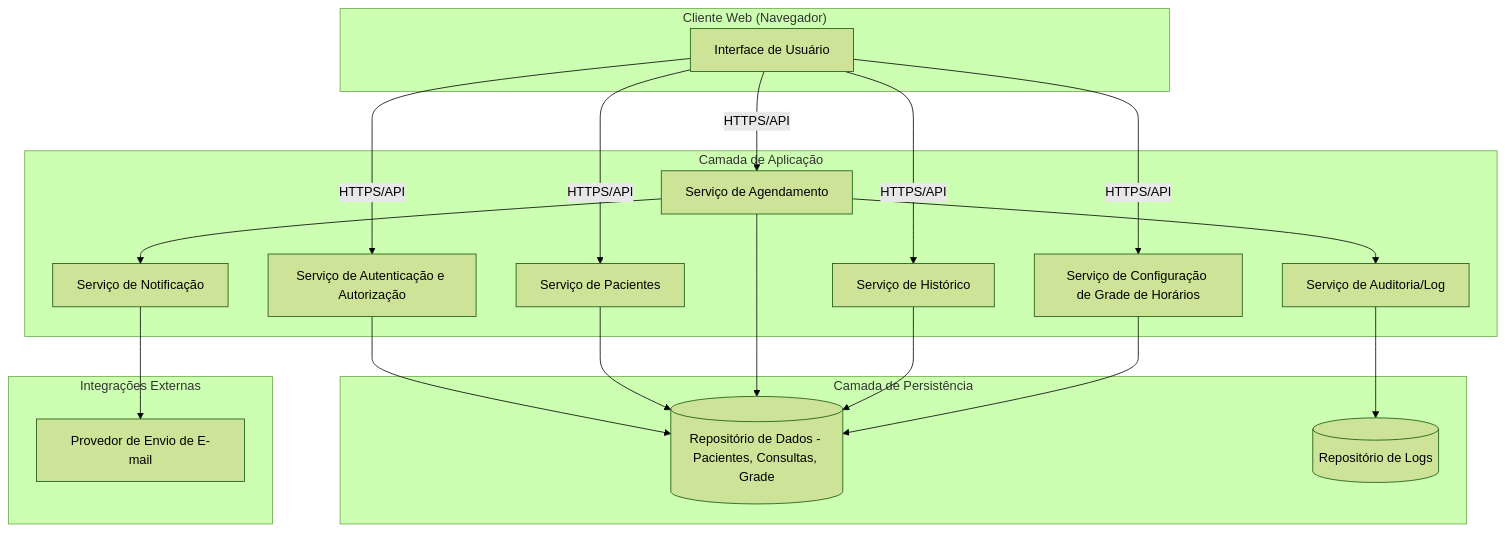
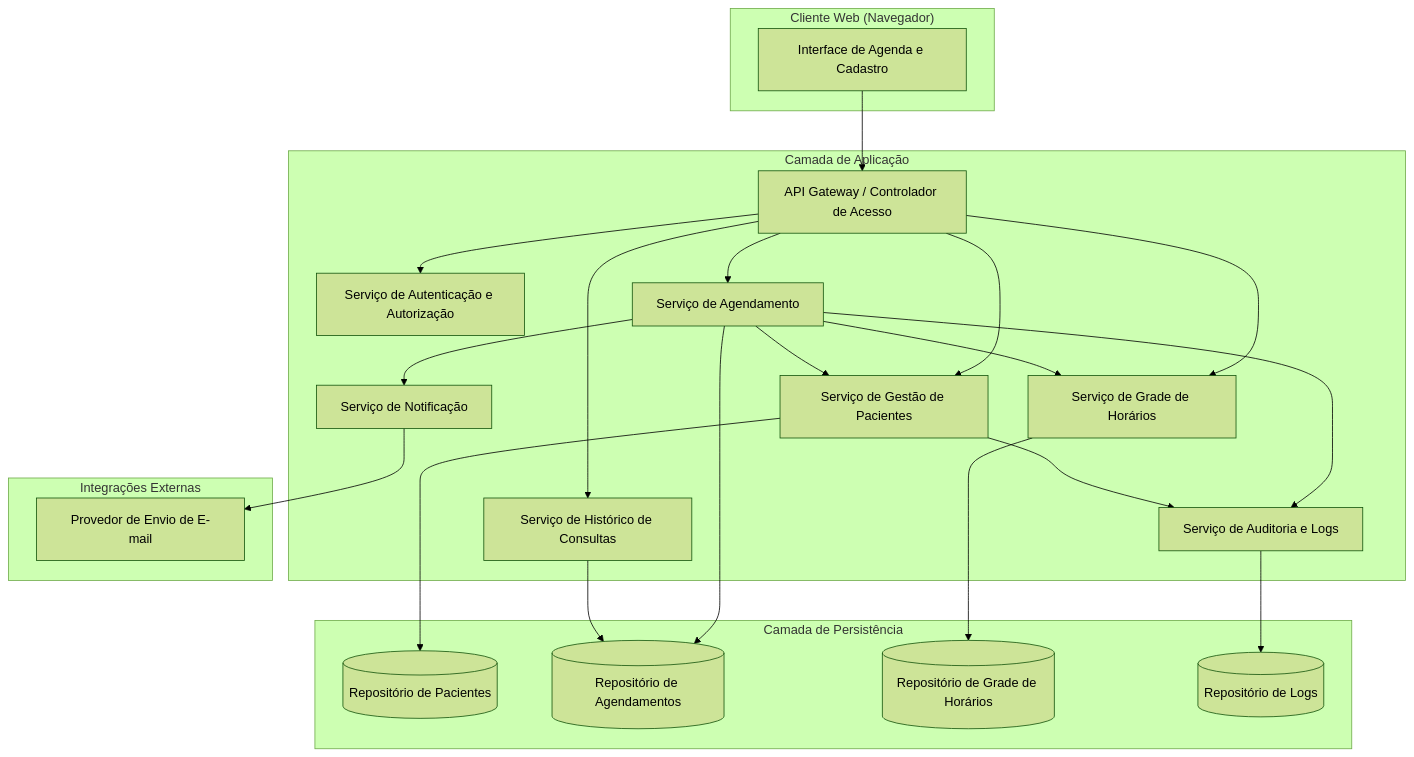
Before and after one commit to PDC-ESIA/AI4ES: the first of 3 diagrams in docs/Time_2_Design/analise-qualitativa/outputs/relatorio_claude_sonnet_5_P02.md, drawn with Mermaid (forest theme). The commit also changed other lines of this file and 107 other files, not shown here.

````diff
--- a/docs/Time_2_Design/analise-qualitativa/outputs/relatorio_claude_sonnet_5_P02.md
+++ b/docs/Time_2_Design/analise-qualitativa/outputs/relatorio_claude_sonnet_5_P02.md
@@ -28,41 +29,47 @@
 ```mermaid
 flowchart TB
     subgraph Cliente["Cliente Web (Navegador)"]
-        UI[Interface de Usuário]
+        UI[Interface de Agenda e Cadastro]
     end
 
     subgraph Backend["Camada de Aplicação"]
+        GW[API Gateway / Controlador de Acesso]
         AUTH[Serviço de Autenticação e Autorização]
-        PAC[Serviço de Pacientes]
-        AGD[Serviço de Agendamento]
-        HIST[Serviço de Histórico]
-        GRADE[Serviço de Configuração de Grade de Horários]
-        NOTIF[Serviço de Notificação]
-        LOG[Serviço de Auditoria/Log]
+        PAC[Serviço de Gestão de Pacientes]
+        AGE[Serviço de Agendamento]
+        GRD[Serviço de Grade de Horários]
+        HIST[Serviço de Histórico de Consultas]
+        NOT[Serviço de Notificação]
+        LOG[Serviço de Auditoria e Logs]
     end
 
     subgraph Dados["Camada de Persistência"]
-        DB[(Repositório de Dados - Pacientes, Consultas, Grade)]
-        LOGSTORE[(Repositório de Logs)]
+        DB_PAC[(Repositório de Pacientes)]
+        DB_AGE[(Repositório de Agendamentos)]
+        DB_GRD[(Repositório de Grade de Horários)]
+        DB_LOG[(Repositório de Logs)]
     end
 
     subgraph Externo["Integrações Externas"]
-        MAIL[Provedor de Envio de E-mail]
+        EMAIL[Provedor de Envio de E-mail]
     end
 
-    UI -->|HTTPS/API| AUTH
-    UI -->|HTTPS/API| PAC
-    UI -->|HTTPS/API| AGD
-    UI -->|HTTPS/API| HIST
-    UI -->|HTTPS/API| GRADE
+    UI --> GW
+    GW --> AUTH
+    GW --> PAC
+    GW --> AGE
+    GW --> GRD
+    GW --> HIST
 
-    AUTH --> DB
-    PAC --> DB
-    AGD --> DB
-    AGD --> NOTIF
-    AGD --> LOG
-    HIST --> DB
-    GRADE --> DB
-    NOTIF --> MAIL
-    LOG --> LOGSTORE
+    PAC --> DB_PAC
+    AGE --> DB_AGE
+    AGE --> GRD
+    AGE --> PAC
+    AGE --> NOT
+    GRD --> DB_GRD
+    HIST --> DB_AGE
+    NOT --> EMAIL
+    AGE --> LOG
+    PAC --> LOG
+    LOG --> DB_LOG
 ```
````
